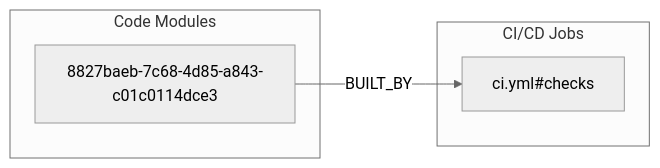
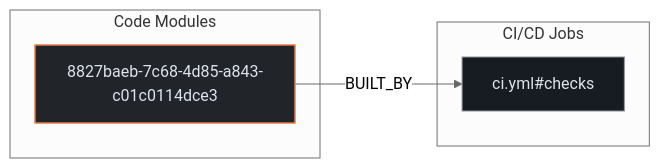
One commit to kumarshaz/atruss-code-atlas changed the second of 3 diagrams in exports/latest/reports/RocketChat-Rocket.Chat.js.SDK-report.md. Above: the diagram before and after it, drawn with Mermaid (neutral theme). The commit also changed other lines of this file and 331 other files, not shown here.

Commit message:
docs,ui,fix: update SDLC docs, reorder CI/CD DAG first, stylize Mermaid, and fix Arc42 pipeline topology

````diff
--- a/exports/latest/reports/RocketChat-Rocket.Chat.js.SDK-report.md
+++ b/exports/latest/reports/RocketChat-Rocket.Chat.js.SDK-report.md
@@ -115,10 +122,14 @@
 ```mermaid
 flowchart LR
+    classDef atlasCategory fill:#212428,stroke:#E87A48,stroke-width:1.5px,color:#dfe3eb
+    classDef atlasWorkflow fill:#1b2026,stroke:#a3c9ff,stroke-width:1.5px,color:#dfe3eb
+    classDef atlasJob fill:#171c22,stroke:#8d9199,stroke-width:1px,color:#dfe3eb
+    classDef atlasTarget fill:#005227,stroke:#8bd99b,stroke-width:1.5px,color:#a7f6b6
     subgraph code_modules["Code Modules"]
-        mod_8827baeb_7c68_4d85_a843_c01c0114dce3["8827baeb-7c68-4d85-a843-c01c0114dce3"]
+        mod_8827baeb_7c68_4d85_a843_c01c0114dce3["8827baeb-7c68-4d85-a843-c01c0114dce3"]:::atlasCategory
     end
     subgraph ci_jobs["CI/CD Jobs"]
-        job_ci_yml_checks["ci.yml#checks"]
+        job_ci_yml_checks["ci.yml#checks"]:::atlasJob
     end
     mod_8827baeb_7c68_4d85_a843_c01c0114dce3 -->|BUILT_BY| job_ci_yml_checks
 ```
````
